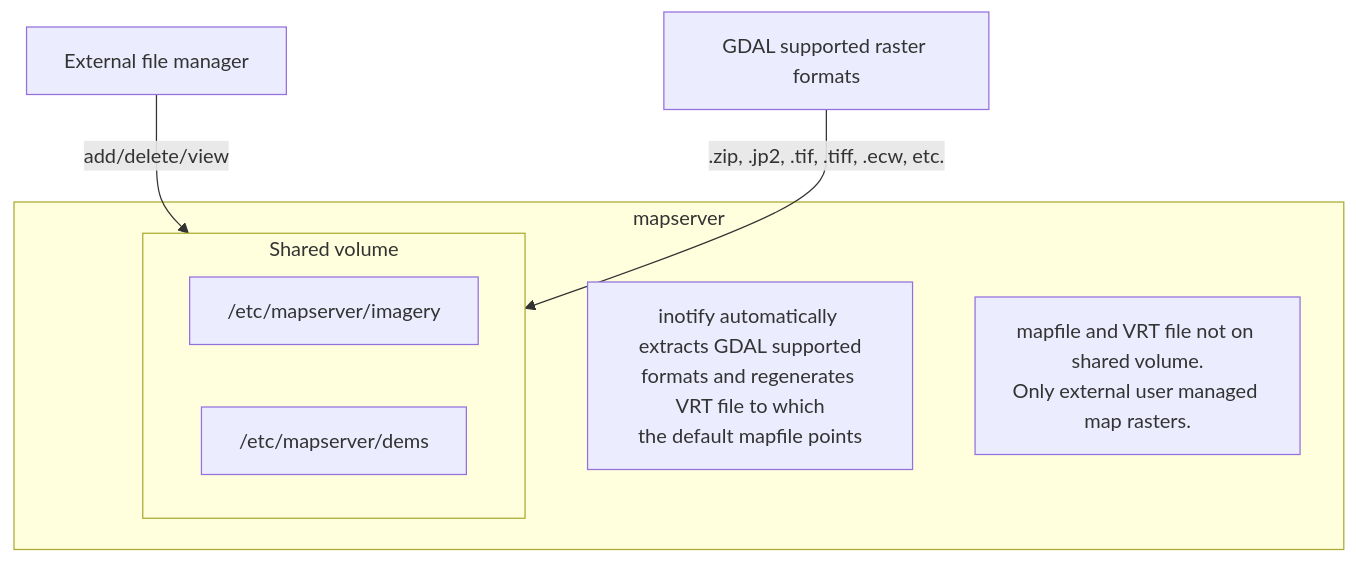
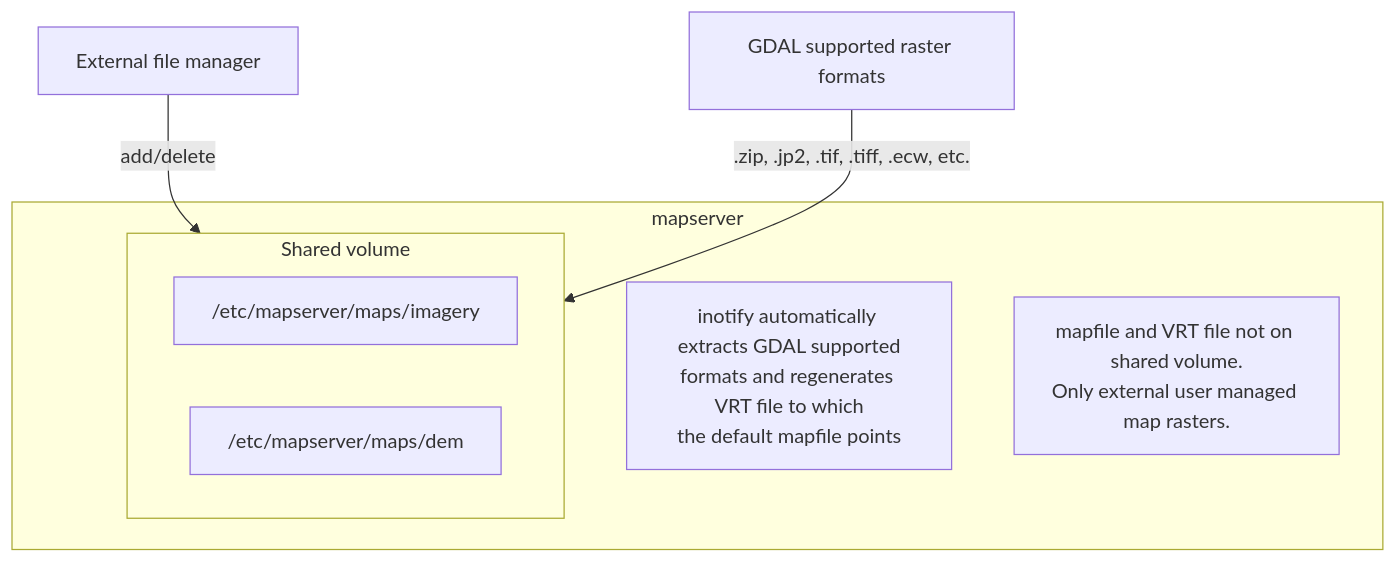
Before and after one commit to hmakelin/gisnav: the diagram in docs/pages/developer_guide/integration/gis_server.rst, drawn with Mermaid. The commit also changed other lines of this file and 16 other files, not shown here.

Commit message:
Make mapserver automatically build orthoimagery and dem VRT files from folders on shared volume

```diff
--- a/docs/pages/developer_guide/integration/gis_server.rst
+++ b/docs/pages/developer_guide/integration/gis_server.rst
@@ -203,13 +207,13 @@
 .. mermaid::
 
     graph TB
         subgraph mapserver
             note1[inotify automatically extracts GDAL supported\nformats and regenerates VRT file to which\nthe default mapfile points]
             subgraph SharedVolume[Shared volume]
-                /etc/mapserver/imagery
-                /etc/mapserver/dems
+                /etc/mapserver/maps/imagery
+                /etc/mapserver/maps/dem
             end
             note2[mapfile and VRT file not on shared volume.\nOnly external user managed map rasters.]
         end
-        fileserver[External file manager] -->|add/delete/view| SharedVolume
+        fileserver[External file manager] -->|add/delete| SharedVolume
         GDAL[GDAL supported raster formats] -->|.zip, .jp2, .tif, .tiff, .ecw, etc.| SharedVolume
```
